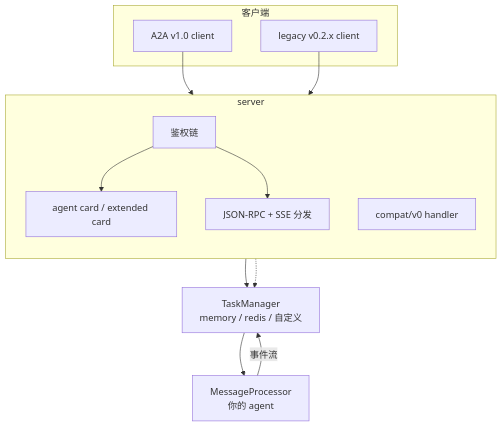
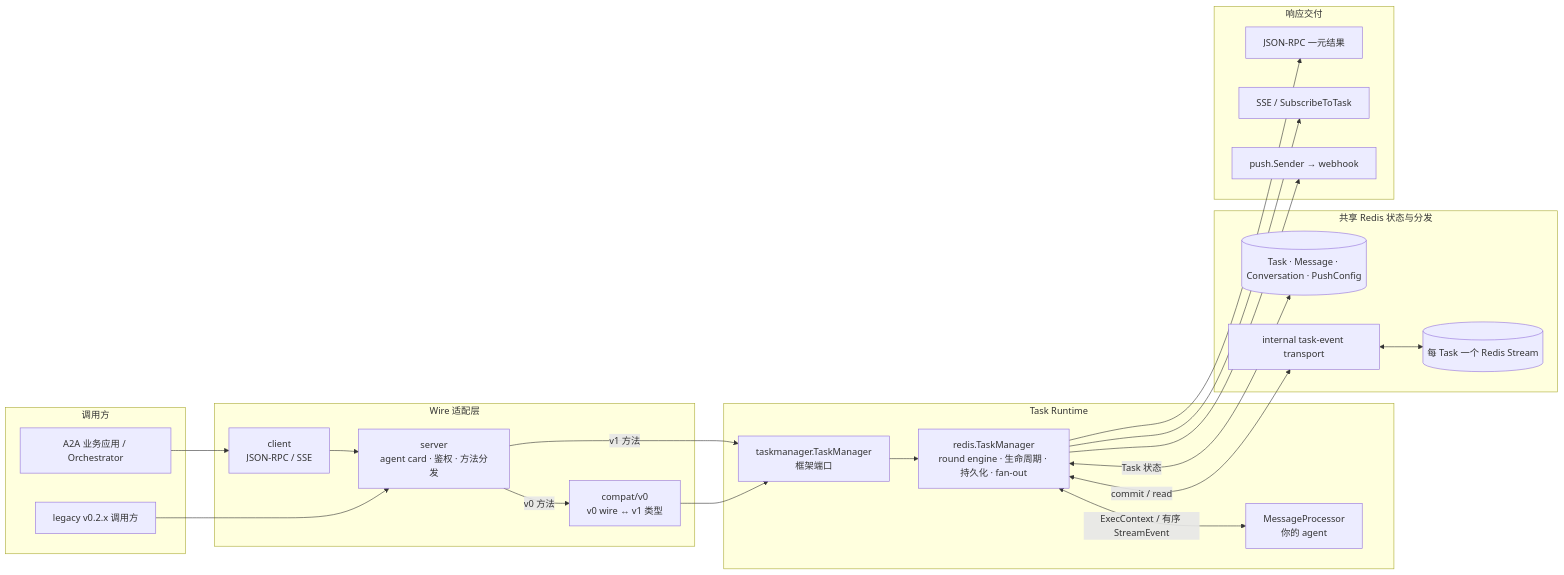
The first of 2 diagrams in docs/mkdocs/zh/overview.md (trpc-group/trpc-a2a-go), drawn with Mermaid before and after one commit. The commit also changed other lines of this file and 3 other files, not shown here.

Commit message:
docs: add architecture and Redis resubscribe diagrams

````diff
--- a/docs/mkdocs/zh/overview.md
+++ b/docs/mkdocs/zh/overview.md
@@ -37,25 +41,44 @@
 ```mermaid
-flowchart TB
-    subgraph clients["客户端"]
-        C1["A2A v1.0 client"]
-        C2["legacy v0.2.x client"]
+flowchart LR
+    subgraph CALLERS["调用方"]
+        APP["A2A 业务应用 / Orchestrator"]
+        LEGACY["legacy v0.2.x 调用方"]
     end
-    subgraph server["server"]
-        direction TB
-        AUTH["鉴权链"]
-        CARD["agent card / extended card"]
-        RPC["JSON-RPC + SSE 分发"]
-        COMPAT["compat/v0 handler"]
+
+    subgraph ADAPTERS["Wire 适配层"]
+        CLIENT["client<br/>JSON-RPC / SSE"]
+        SERVER["server<br/>agent card · 鉴权 · 方法分发"]
+        COMPAT["compat/v0<br/>v0 wire ↔ v1 类型"]
     end
-    TM["TaskManager<br/>memory / redis / 自定义"]
-    MP["MessageProcessor<br/>你的 agent"]
 
-    C1 --> AUTH
-    C2 --> AUTH
-    AUTH --> CARD
-    AUTH --> RPC
-    RPC --> TM
-    COMPAT -.-> TM
-    TM --> MP
-    MP -- "事件流" --> TM
+    subgraph RUNTIME["Task Runtime"]
+        PORT["taskmanager.TaskManager<br/>框架端口"]
+        RT["redis.TaskManager<br/>round engine · 生命周期 · 持久化 · fan-out"]
+        MP["MessageProcessor<br/>你的 agent"]
+    end
+
+    subgraph STATE["共享 Redis 状态与分发"]
+        STORE[("Task · Message · Conversation · PushConfig")]
+        TRANSPORT["internal task-event transport"]
+        STREAMS[("每 Task 一个 Redis Stream")]
+    end
+
+    subgraph DELIVERY["响应交付"]
+        UNARY["JSON-RPC 一元结果"]
+        SSE["SSE / SubscribeToTask"]
+        PUSH["push.Sender → webhook"]
+    end
+
+    APP --> CLIENT --> SERVER
+    LEGACY --> SERVER
+    SERVER -->|"v1 方法"| PORT
+    SERVER -->|"v0 方法"| COMPAT --> PORT
+    PORT --> RT
+    RT <-->|"ExecContext / 有序 StreamEvent"| MP
+    RT <-->|"Task 状态"| STORE
+    RT <-->|"commit / read"| TRANSPORT
+    TRANSPORT <--> STREAMS
+    RT --> UNARY
+    RT --> SSE
+    RT --> PUSH
 ```
````
